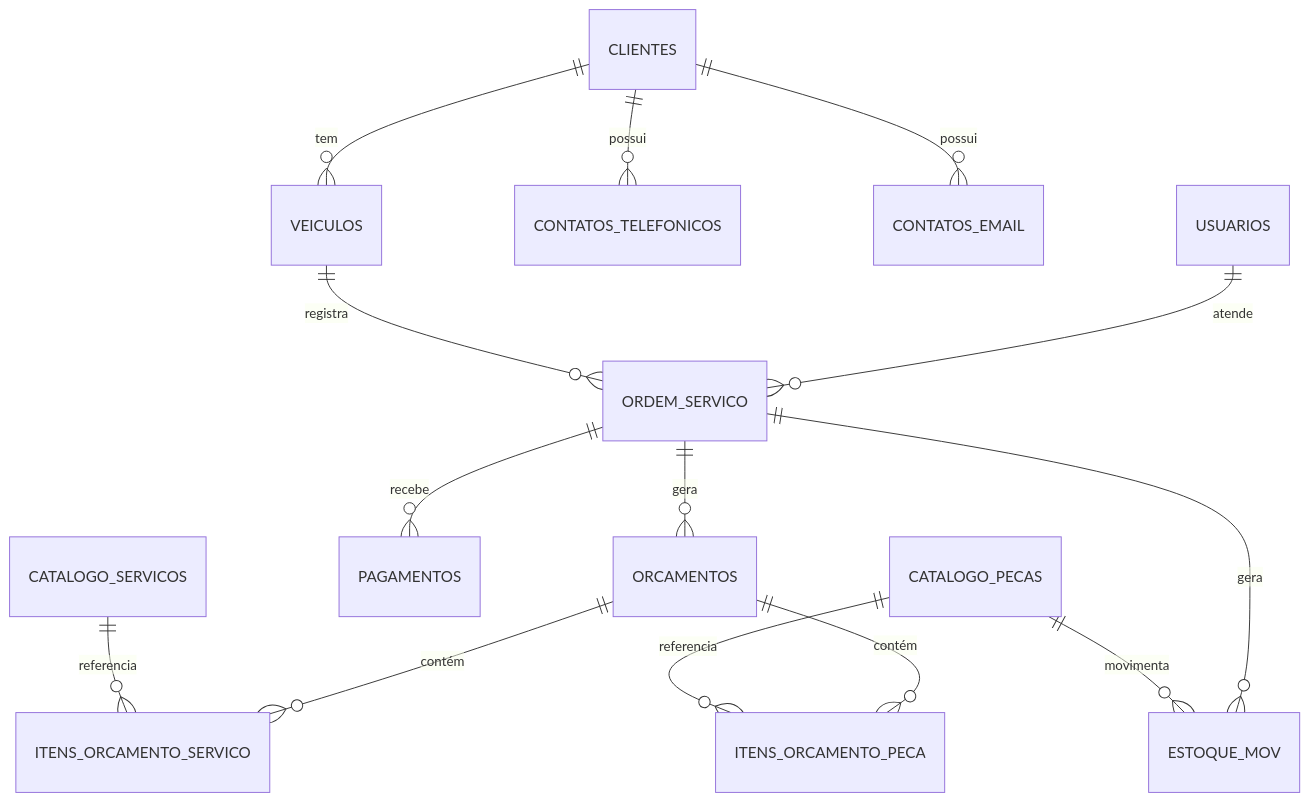
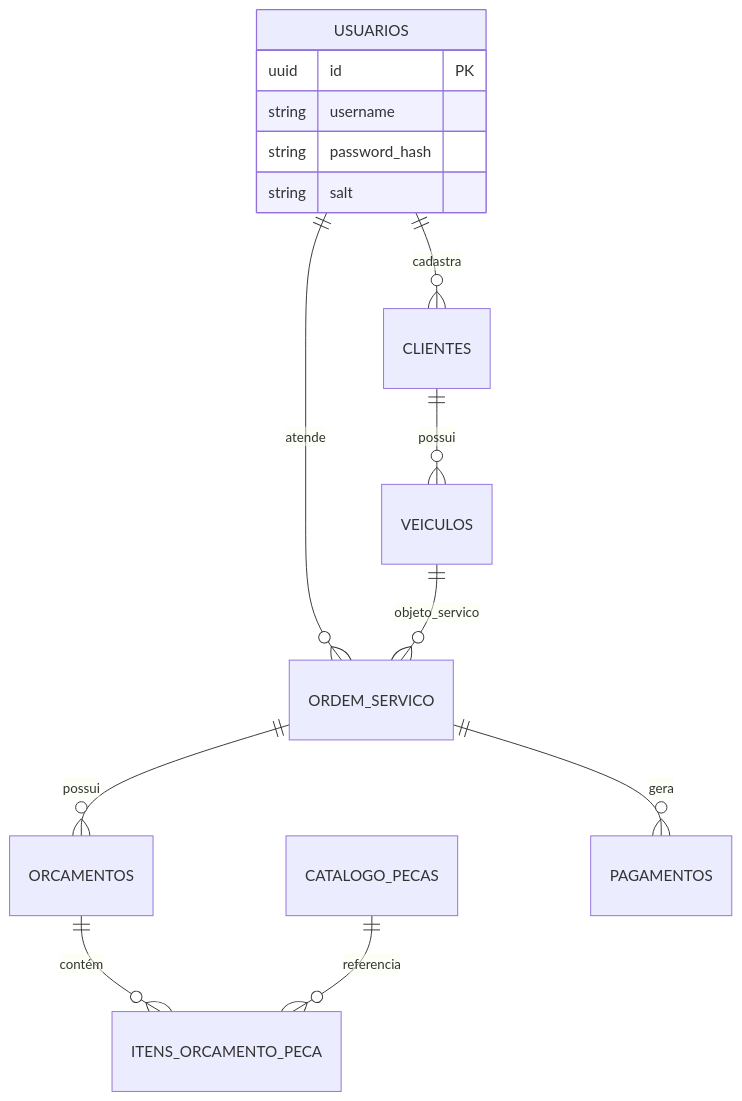
Before and after one commit to marquesclayton/ads3.n2.oficina: the first of 2 diagrams in README.md, drawn with Mermaid. The commit also changed other lines of this file, not shown here.

`````diff
--- a/README.md
+++ b/README.md
@@ -41,16 +52,18 @@
 ```mermaid
 erDiagram
+    USUARIOS ||--o{ CLIENTES : "cadastra"
     USUARIOS ||--o{ ORDEM_SERVICO : "atende"
-    CLIENTES ||--o{ CONTATOS_TELEFONICOS : "possui"
-    CLIENTES ||--o{ CONTATOS_EMAIL : "possui"
-    CLIENTES ||--o{ VEICULOS : "tem"
-    VEICULOS ||--o{ ORDEM_SERVICO : "registra"
-    ORDEM_SERVICO ||--o{ ORCAMENTOS : "gera"
-    ORDEM_SERVICO ||--o{ ESTOQUE_MOV : "gera"
-    ORDEM_SERVICO ||--o{ PAGAMENTOS : "recebe"
-    ORCAMENTOS ||--o{ ITENS_ORCAMENTO_SERVICO : "contém"
+    CLIENTES ||--o{ VEICULOS : "possui"
+    VEICULOS ||--o{ ORDEM_SERVICO : "objeto_servico"
+    ORDEM_SERVICO ||--o{ ORCAMENTOS : "possui"
     ORCAMENTOS ||--o{ ITENS_ORCAMENTO_PECA : "contém"
-    CATALOGO_SERVICOS ||--o{ ITENS_ORCAMENTO_SERVICO : "referencia"
     CATALOGO_PECAS ||--o{ ITENS_ORCAMENTO_PECA : "referencia"
-    CATALOGO_PECAS ||--o{ ESTOQUE_MOV : "movimenta"
+    ORDEM_SERVICO ||--o{ PAGAMENTOS : "gera"
+
+    USUARIOS {
+        uuid id PK
+        string username
+        string password_hash
+        string salt
+    }
 ````
`````
